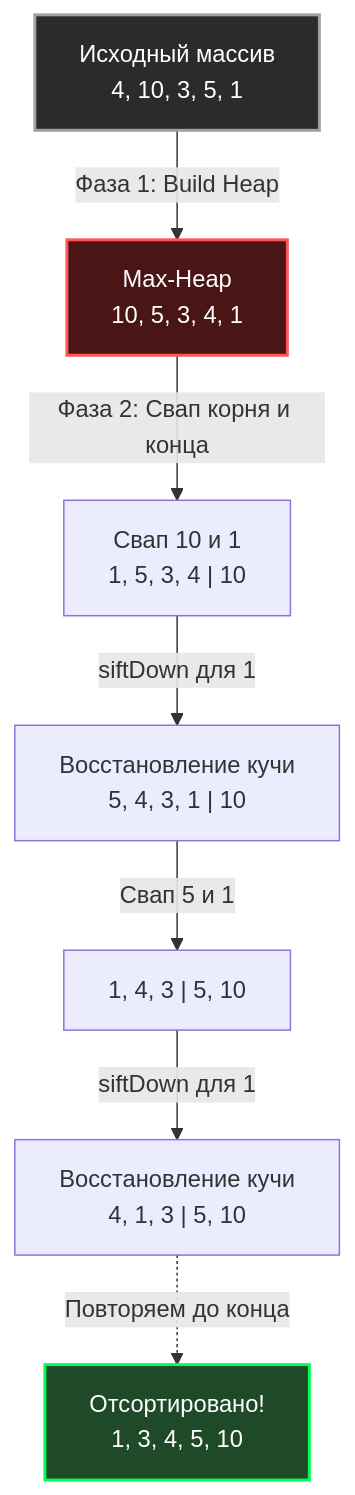
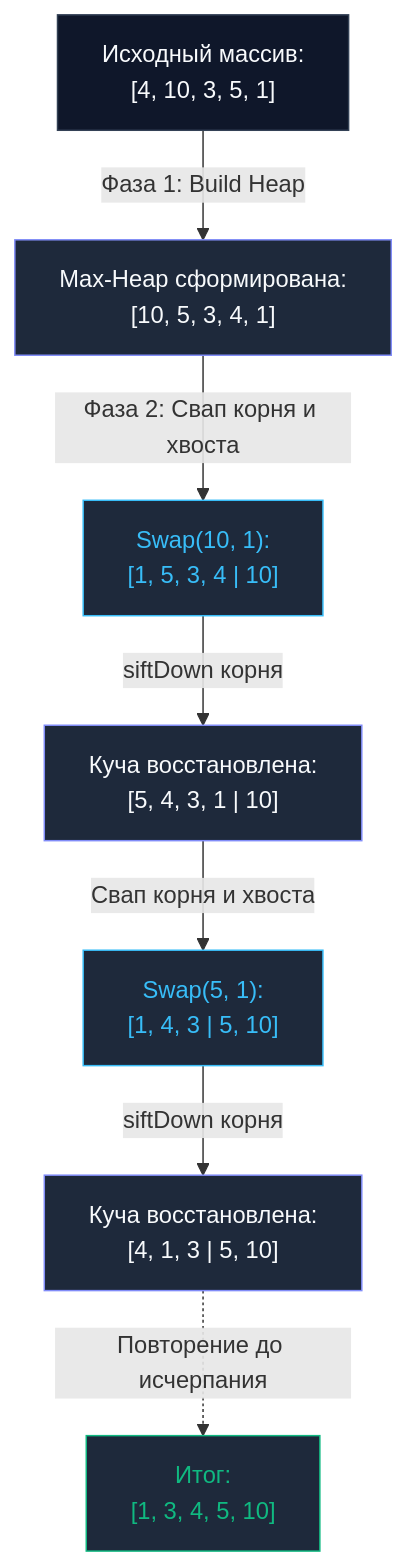
Before and after one commit to UnrealTemplier/go-textbook: the diagram in sources/20. Алгоритмы и структуры данных (DSA) на Go/08. Сортировки/5. Heap sort.md, drawn with Mermaid. The commit also changed other lines of this file, not shown here.

Commit message:
feat(module-20): editorial rewrite of 08.5 Heap sort in Kernighan style

````diff
--- a/sources/20. Алгоритмы и структуры данных (DSA) на Go/08. Сортировки/5. Heap sort.md
+++ b/sources/20. Алгоритмы и структуры данных (DSA) на Go/08. Сортировки/5. Heap sort.md
@@ -28,16 +33,22 @@
 ```mermaid
 flowchart TD
-    A["Исходный массив<br>4, 10, 3, 5, 1"] -->|"Фаза 1: Build Heap"| B["Max-Heap<br>10, 5, 3, 4, 1"]
+    A["Исходный массив:<br/>[4, 10, 3, 5, 1]"] -->|"Фаза 1: Build Heap"| B["Max-Heap сформирована:<br/>[10, 5, 3, 4, 1]"]
     
-    B -->|"Фаза 2: Свап корня и конца"| C["Свап 10 и 1<br>1, 5, 3, 4 | 10"]
-    C -->|"siftDown для 1"| D["Восстановление кучи<br>5, 4, 3, 1 | 10"]
+    B -->|"Фаза 2: Свап корня и хвоста"| C["Swap(10, 1):<br/>[1, 5, 3, 4 | 10]"]
+    C -->|"siftDown корня"| D["Куча восстановлена:<br/>[5, 4, 3, 1 | 10]"]
     
-    D -->|"Свап 5 и 1"| E["1, 4, 3 | 5, 10"]
-    E -->|"siftDown для 1"| F["Восстановление кучи<br>4, 1, 3 | 5, 10"]
+    D -->|"Свап корня и хвоста"| E["Swap(5, 1):<br/>[1, 4, 3 | 5, 10]"]
+    E -->|"siftDown корня"| F["Куча восстановлена:<br/>[4, 1, 3 | 5, 10]"]
     
-    F -.->|"Повторяем до конца"| G["Отсортировано!<br>1, 3, 4, 5, 10"]
-    
-    style A fill:#2b2b2b,stroke:#a0a0a0,stroke-width:2px,color:#fff
-    style B fill:#4a1515,stroke:#ff5555,stroke-width:2px,color:#fff
-    style G fill:#1e4a28,stroke:#00ff55,stroke-width:2px,color:#fff
+    F -.->|"Повторение до исчерпания"| G["Итог:<br/>[1, 3, 4, 5, 10]"]
+
+    classDef default fill:#0f172a,stroke:#334155,color:#f8fafc
+    classDef heap fill:#1e293b,stroke:#818cf8,color:#f8fafc
+    classDef step fill:#1e293b,stroke:#38bdf8,color:#38bdf8
+    classDef success fill:#1e293b,stroke:#10b981,color:#10b981
+
+    class A default
+    class B,D,F heap
+    class C,E step
+    class G success
 ```
````
